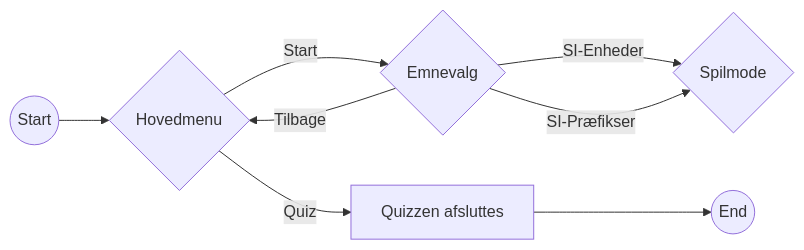
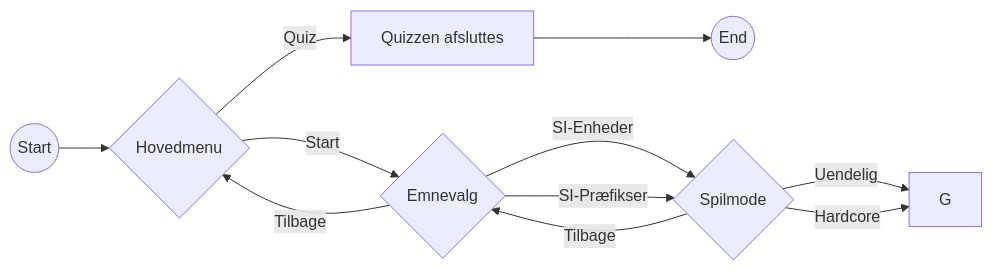
The diagram in README.md (mjdvisualz/fysik-quiz-app), drawn with Mermaid before and after one commit.

````diff
--- a/README.md
+++ b/README.md
@@ -16,11 +16,14 @@
 ```mermaid
 graph LR
     A((Start)) --> B{Hovedmenu}
     B -->|Start| C{Emnevalg}
     B -->|Quiz| D[Quizzen afsluttes]
     D --> E((End))
     C --> |SI-Enheder| F{Spilmode}
     C --> |SI-Præfikser| F
     C --> |Tilbage| B
+    F --> |Uendelig| G
+    F --> |Hardcore| G
+    F --> |Tilbage| C
 
 ```
````
